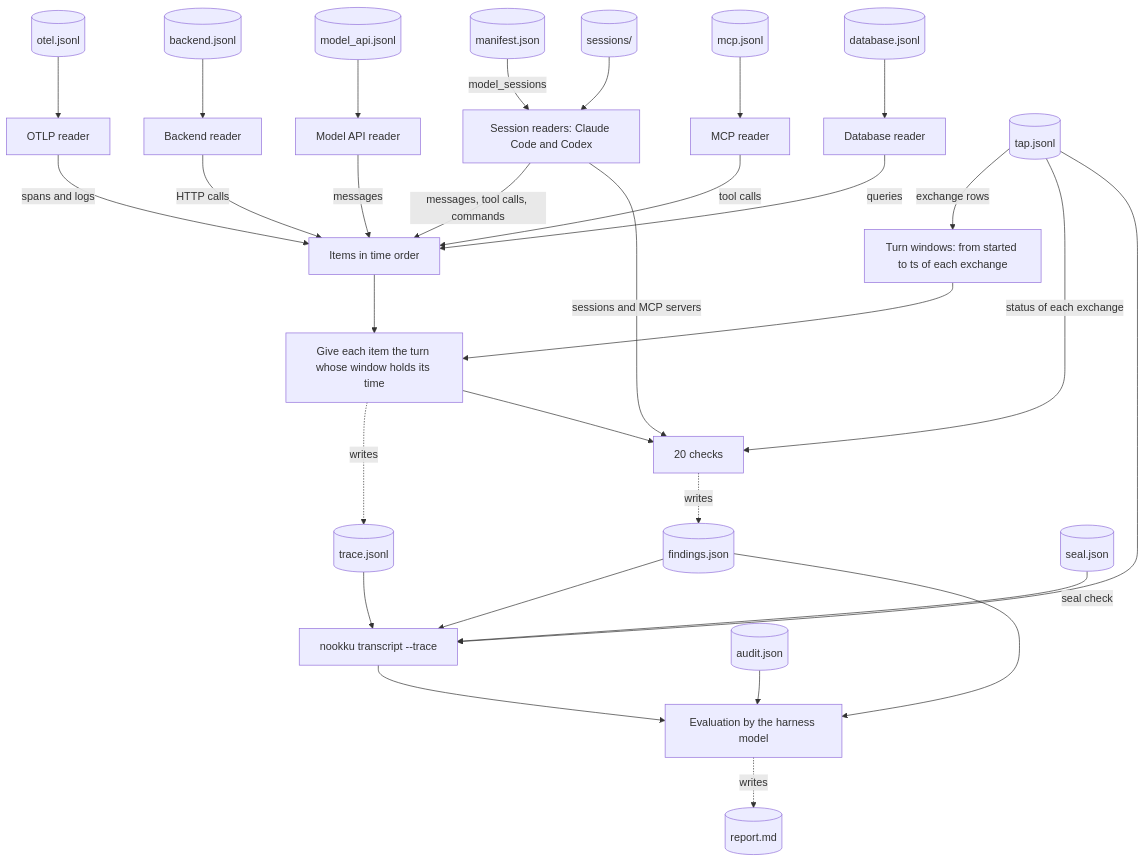
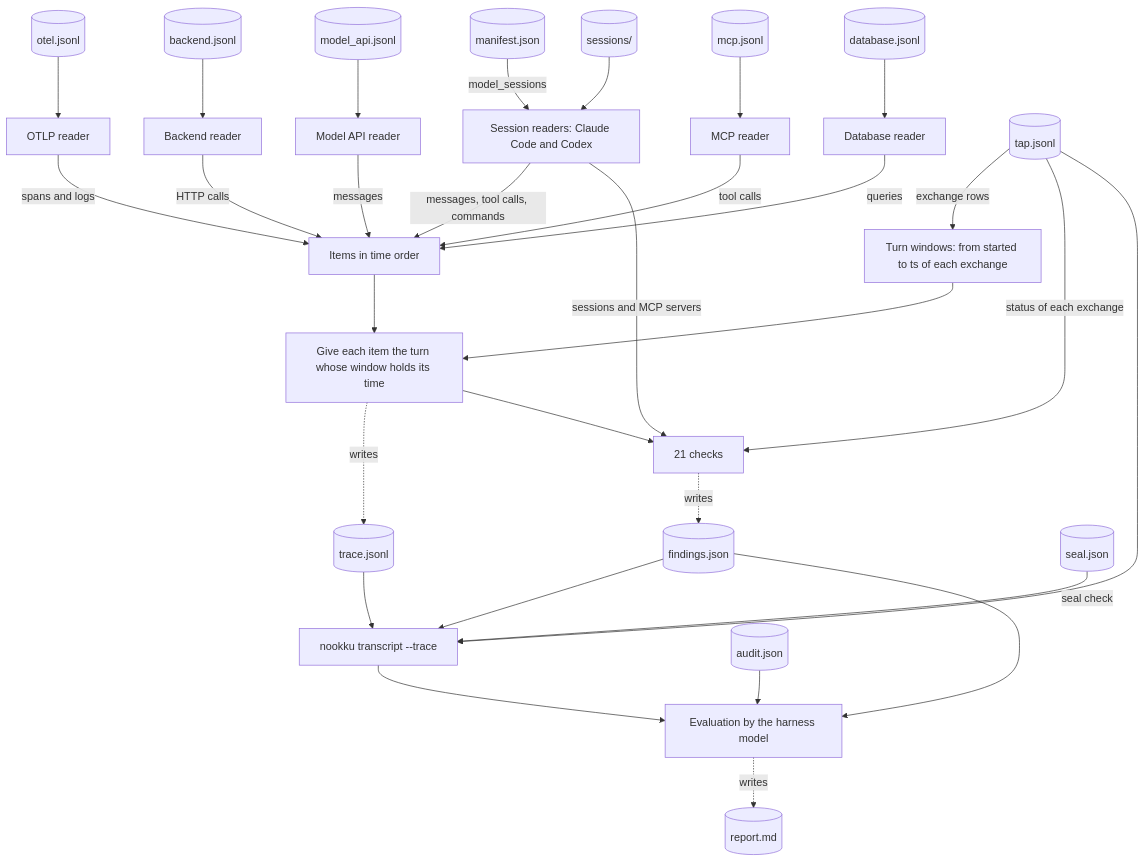
Before and after one commit to mohanraj00/nookku: the fourth of 4 diagrams in docs/architecture.md, drawn with Mermaid. The commit also changed other lines of this file and 51 other files, not shown here.

````diff
--- a/docs/architecture.md
+++ b/docs/architecture.md
@@ -213,32 +213,32 @@
 ```mermaid
 flowchart TB
     manifestrec[(manifest.json)] -->|model_sessions| sreaders[Session readers: Claude Code and Codex]
     sessions[(sessions/)] --> sreaders
     otelrec[(otel.jsonl)] --> oreader[OTLP reader]
     backendrec[(backend.jsonl)] --> breader[Backend reader]
     modelrec[(model_api.jsonl)] --> mreader[Model API reader]
     mcprec[(mcp.jsonl)] --> mcpreader[MCP reader]
     dbrec[(database.jsonl)] --> dbreader[Database reader]
     sreaders -->|messages, tool calls, commands| items[Items in time order]
     oreader -->|spans and logs| items
     breader -->|HTTP calls| items
     mreader -->|messages| items
     mcpreader -->|tool calls| items
     dbreader -->|queries| items
     taprec[(tap.jsonl)] -->|exchange rows| windows[Turn windows: from started to ts of each exchange]
     items --> assign[Give each item the turn whose window holds its time]
     windows --> assign
     assign -.->|writes| tracerec[(trace.jsonl)]
-    assign --> checks[20 checks]
+    assign --> checks[21 checks]
     sreaders -->|sessions and MCP servers| checks
     taprec -->|status of each exchange| checks
     checks -.->|writes| findingsrec[(findings.json)]
     taprec --> transcript[nookku transcript --trace]
     tracerec --> transcript
     findingsrec --> transcript
     sealrec[(seal.json)] -->|seal check| transcript
     transcript --> eval[Evaluation by the harness model]
     findingsrec --> eval
     auditrec[(audit.json)] --> eval
     eval -.->|writes| report[(report.md)]
 ```
````
